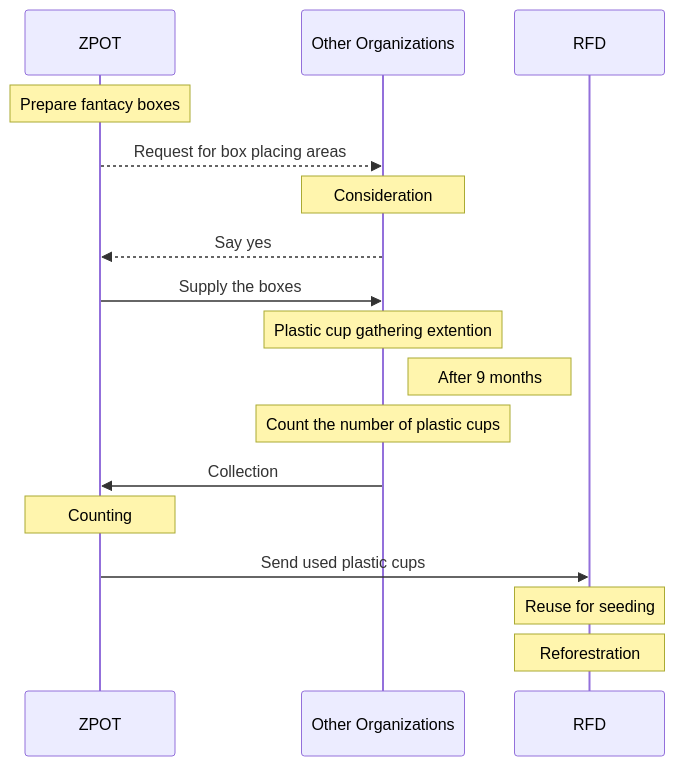
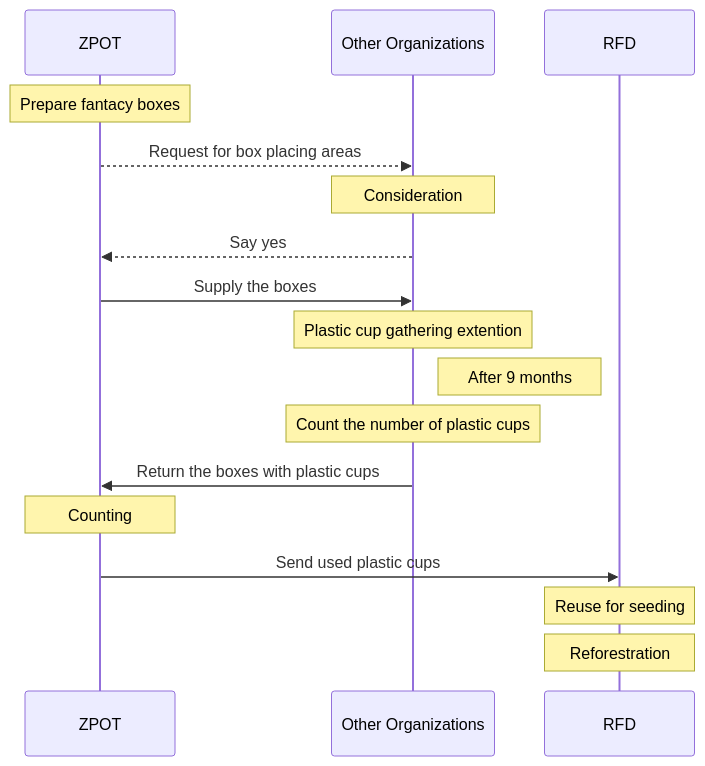
The first of 2 diagrams in README.md (Kietpawpan/carbon), drawn with Mermaid before and after one commit.

````diff
--- a/README.md
+++ b/README.md
@@ -9,16 +9,16 @@
 ```mermaid
 sequenceDiagram
     Note over ZPOT: Prepare fantacy boxes  
     ZPOT-->>Other Organizations: Request for box placing areas
     Note over Other Organizations: Consideration
     Other Organizations-->>ZPOT: Say yes
     ZPOT->>Other Organizations: Supply the boxes
     Note over Other Organizations: Plastic cup gathering extention
     Note right of Other Organizations: After 9 months
     Note over Other Organizations: Count the number of plastic cups
-    Other Organizations->>ZPOT: Collection
+    Other Organizations->>ZPOT: Return the boxes with plastic cups
     Note over ZPOT: Counting
     ZPOT->>RFD: Send used plastic cups
     Note over RFD: Reuse for seeding
     Note over RFD: Reforestration
 ```
````
